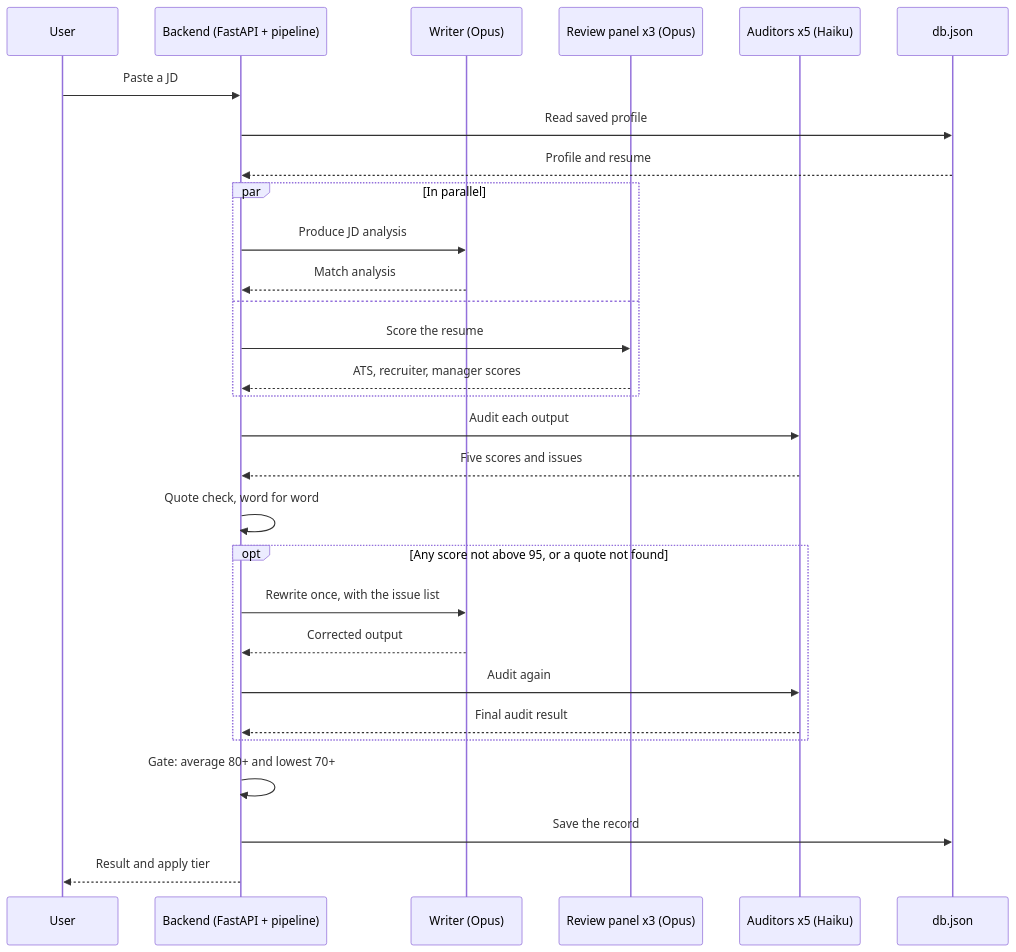
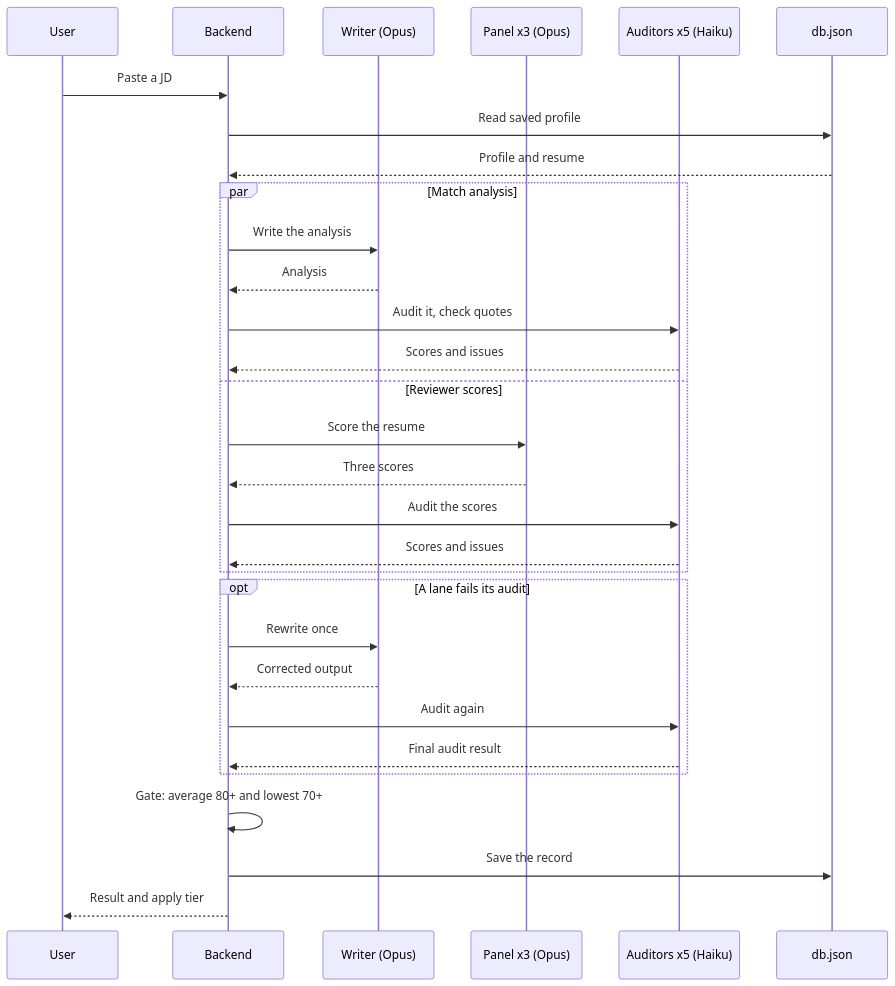
Before and after one commit to maudes/gojob: the diagram in docs/diagrams/jd-analysis-sequence.mmd, drawn with Mermaid. The commit also changed 62 other files, not shown here.

First line of the commit message:
Rename backend modules, add subagent runner and CLI, centralise score thresholds

```diff
--- a/docs/diagrams/jd-analysis-sequence.mmd
+++ b/docs/diagrams/jd-analysis-sequence.mmd
@@ -1,29 +1,30 @@
 sequenceDiagram
   participant U as User
-  participant B as Backend (FastAPI + pipeline)
+  participant B as Backend
   participant W as Writer (Opus)
-  participant PN as Review panel x3 (Opus)
+  participant PN as Panel x3 (Opus)
   participant AU as Auditors x5 (Haiku)
   participant DB as db.json
   U->>B: Paste a JD
   B->>DB: Read saved profile
   DB-->>B: Profile and resume
-  par In parallel
-    B->>W: Produce JD analysis
-    W-->>B: Match analysis
-  and
+  par Match analysis
+    B->>W: Write the analysis
+    W-->>B: Analysis
+    B->>AU: Audit it, check quotes
+    AU-->>B: Scores and issues
+  and Reviewer scores
     B->>PN: Score the resume
-    PN-->>B: ATS, recruiter, manager scores
+    PN-->>B: Three scores
+    B->>AU: Audit the scores
+    AU-->>B: Scores and issues
   end
-  B->>AU: Audit each output
-  AU-->>B: Five scores and issues
-  B->>B: Quote check, word for word
-  opt Any score not above 95, or a quote not found
-    B->>W: Rewrite once, with the issue list
+  opt A lane fails its audit
+    B->>W: Rewrite once
     W-->>B: Corrected output
     B->>AU: Audit again
     AU-->>B: Final audit result
   end
   B->>B: Gate: average 80+ and lowest 70+
   B->>DB: Save the record
   B-->>U: Result and apply tier
```
